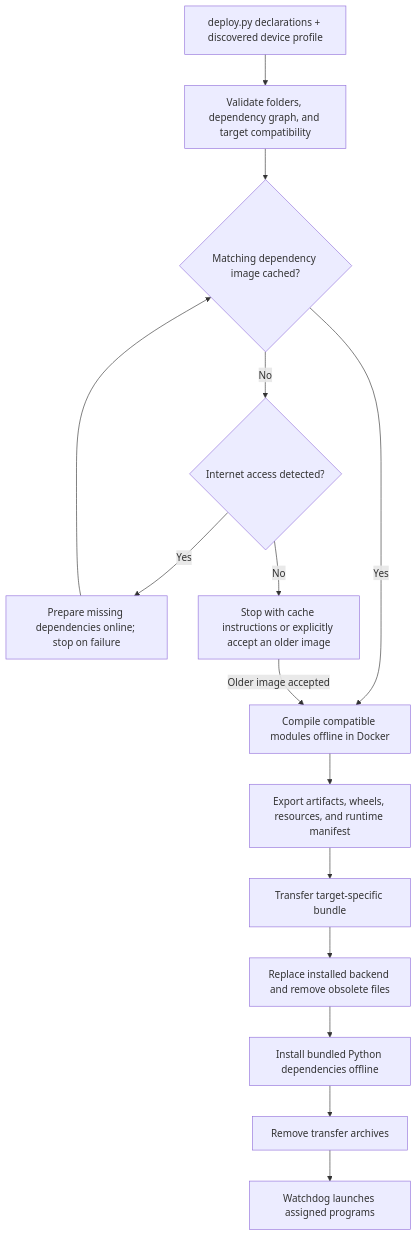
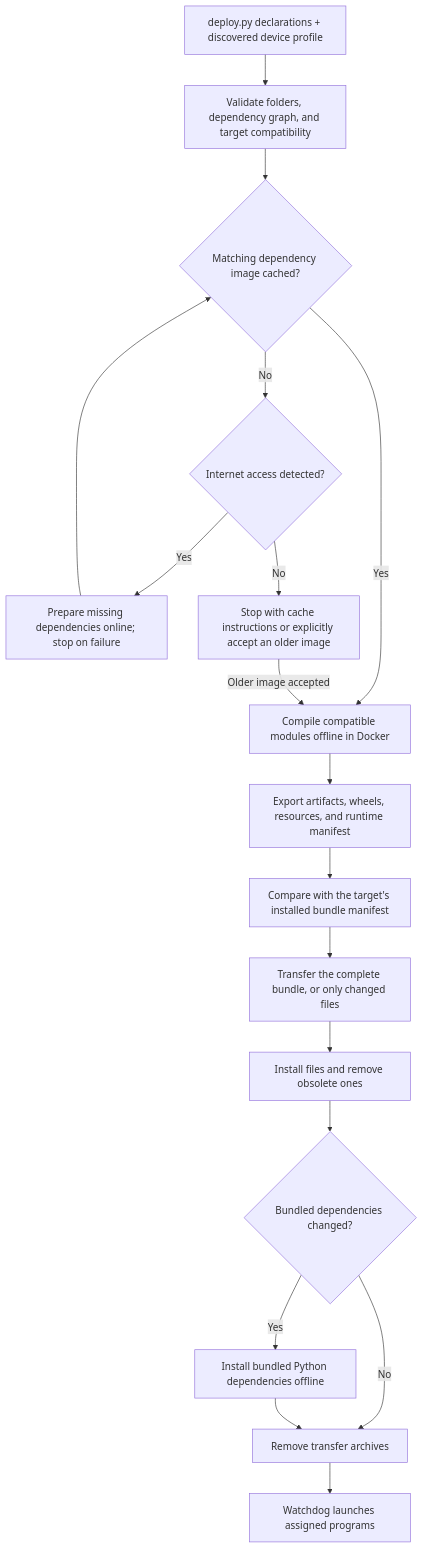
Before and after one commit to PinewoodRobotics/B.L.I.T.Z: the diagram in docs/deployment-architecture.md, drawn with Mermaid. The commit also changed other lines of this file and 8 other files, not shown here.

First line of the commit message:
Transfer only changed bundle files on redeployment

````diff
--- a/docs/deployment-architecture.md
+++ b/docs/deployment-architecture.md
@@ -140,17 +140,20 @@
 ```mermaid
 flowchart TD
     A["deploy.py declarations + discovered device profile"] --> B["Validate folders, dependency graph, and target compatibility"]
     B --> C{"Matching dependency image cached?"}
     C -->|No| D{"Internet access detected?"}
     D -->|Yes| L["Prepare missing dependencies online; stop on failure"]
     D -->|No| M["Stop with cache instructions or explicitly accept an older image"]
     L --> C
     C -->|Yes| E["Compile compatible modules offline in Docker"]
     M -->|Older image accepted| E
     E --> F["Export artifacts, wheels, resources, and runtime manifest"]
-    F --> G["Transfer target-specific bundle"]
-    G --> H["Replace installed backend and remove obsolete files"]
-    H --> I["Install bundled Python dependencies offline"]
-    I --> J["Remove transfer archives"]
+    F --> G["Compare with the target's installed bundle manifest"]
+    G --> H["Transfer the complete bundle, or only changed files"]
+    H --> I["Install files and remove obsolete ones"]
+    I --> N{"Bundled dependencies changed?"}
+    N -->|Yes| O["Install bundled Python dependencies offline"]
+    N -->|No| J["Remove transfer archives"]
+    O --> J
     J --> K["Watchdog launches assigned programs"]
 ```
````
